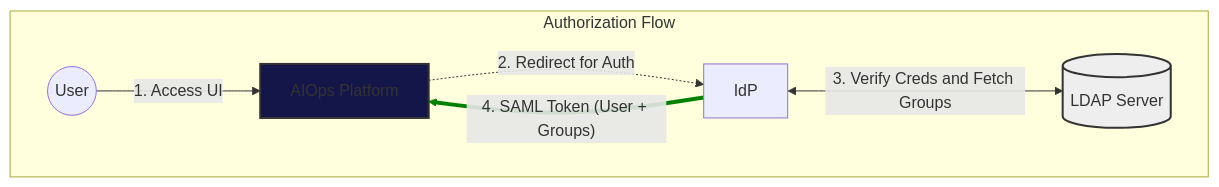
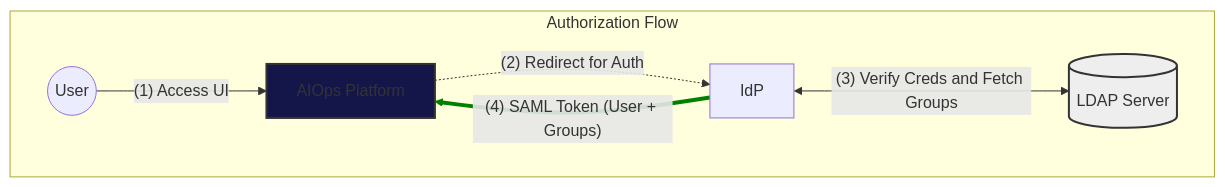
One commit to ibm-client-engineering/solution-aiops-handbook changed the first of 2 diagrams in src/solution_overview/configuration.qmd. Above: the diagram before and after it, drawn with Mermaid. The commit also changed other lines of this file, not shown here.

````diff
--- a/src/solution_overview/configuration.qmd
+++ b/src/solution_overview/configuration.qmd
@@ -20,19 +20,19 @@
 ```{mermaid}
 flowchart TD
     User((User))
     AIOps["AIOps Platform"]
     IdP["IdP"]
     LDAP[("LDAP Server")]
 
     subgraph "Authorization Flow"
-    User -->|"1. Access UI"| AIOps
-    AIOps -.->|"2. Redirect for Auth"| IdP
-    IdP <-->|"3. Verify Creds and Fetch Groups"| LDAP
-    IdP == "4. SAML Token (User + Groups)" ==> AIOps
+    User -->|"(1) Access UI"| AIOps
+    AIOps -.->|"(2) Redirect for Auth"| IdP
+    IdP <-->|"(3) Verify Creds and Fetch Groups"| LDAP
+    IdP == "(4) SAML Token (User + Groups)" ==> AIOps
     end
 
     style AIOps fill:#14164a,stroke:#333,stroke-width:2px
     style LDAP fill:#eee,stroke:#333,stroke-width:2px
     
     linkStyle 3 stroke-width:4px,fill:none,stroke:green;
 ```
````
